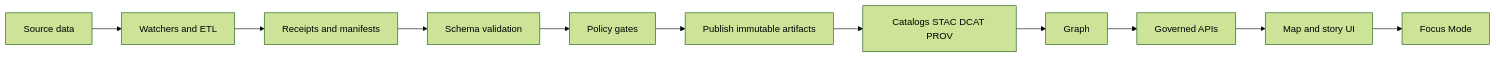
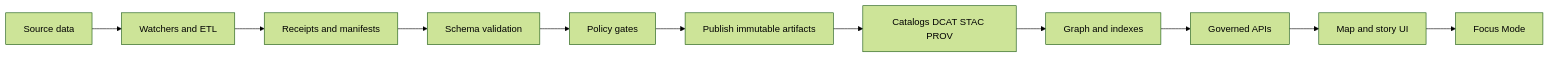
Before and after one commit to bartytime4life/Kansas-Frontier-Matrix: the diagram in docs/schemas/README.md, drawn with Mermaid (forest theme). The commit also changed other lines of this file, not shown here.

````diff
--- a/docs/schemas/README.md
+++ b/docs/schemas/README.md
@@ -67,13 +85,13 @@
 ```mermaid
 flowchart LR
   S[Source data] --> W[Watchers and ETL]
   W --> R[Receipts and manifests]
   R --> V[Schema validation]
   V --> G[Policy gates]
   G --> P[Publish immutable artifacts]
-  P --> C[Catalogs STAC DCAT PROV]
-  C --> N[Graph]
+  P --> C[Catalogs DCAT STAC PROV]
+  C --> N[Graph and indexes]
   N --> A[Governed APIs]
   A --> U[Map and story UI]
   U --> F[Focus Mode]
 ```
````
